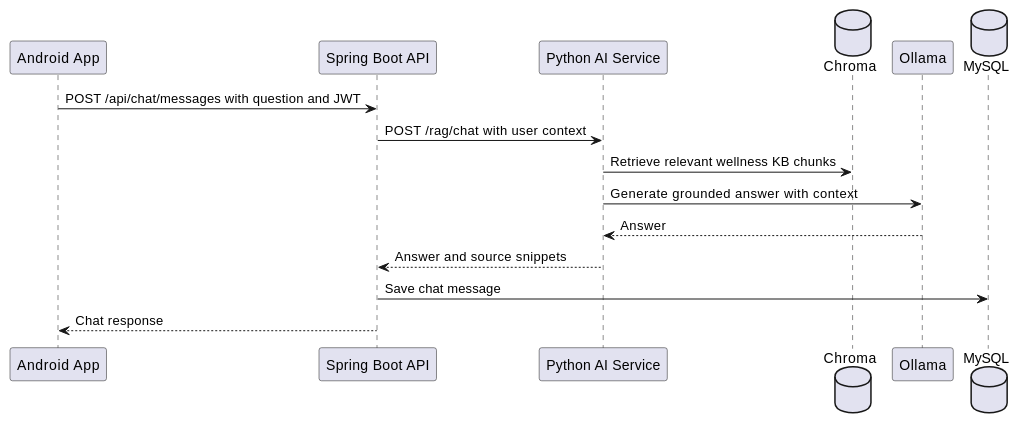
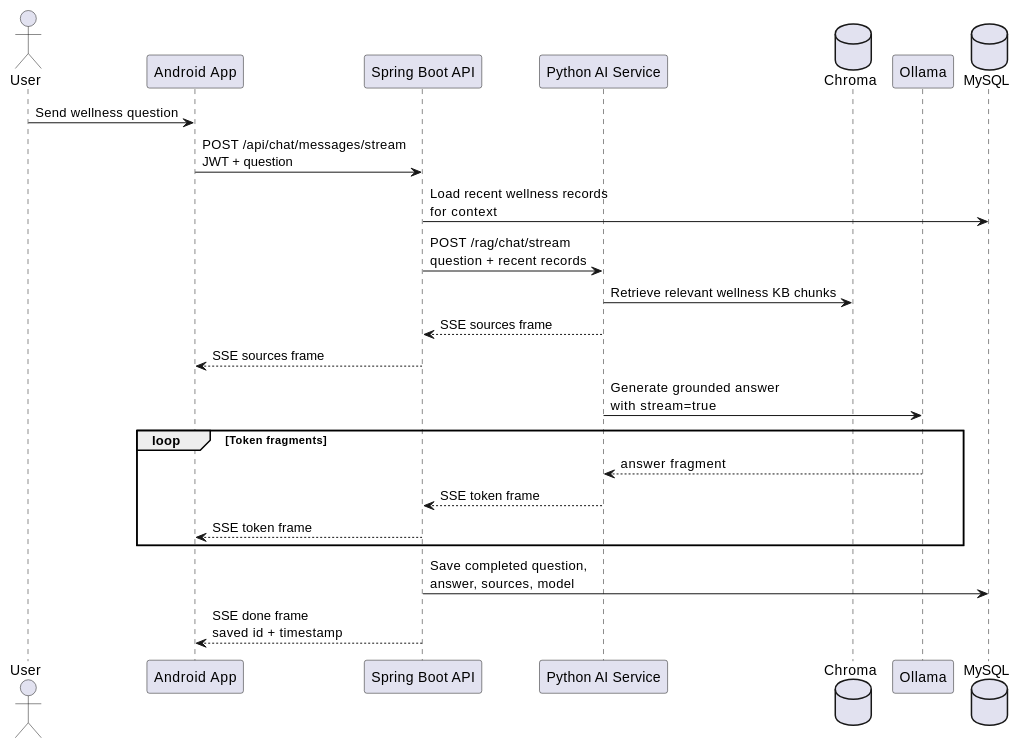
One commit to SA62-team4/mobile-application-dev-ca changed the seventh of 8 diagrams in docs/specs/04-plan-system-architecture.md. Above: the diagram before and after it, drawn with PlantUML. The commit also changed other lines of this file and 7 other files, not shown here.

Commit message:
Update spec documents with implementation details and contract flow diagrams

````diff
--- a/docs/specs/04-plan-system-architecture.md
+++ b/docs/specs/04-plan-system-architecture.md
@@ -216,19 +270,27 @@
 ```plantuml
 @startuml
+actor "User" as U
 participant "Android App" as A
 participant "Spring Boot API" as B
 participant "Python AI Service" as P
 database "Chroma" as V
 participant "Ollama" as O
 database "MySQL" as D
 
-A -> B: POST /api/chat/messages with question and JWT
-B -> P: POST /rag/chat with user context
+U -> A: Send wellness question
+A -> B: POST /api/chat/messages/stream\nJWT + question
+B -> D: Load recent wellness records\nfor context
+B -> P: POST /rag/chat/stream\nquestion + recent records
 P -> V: Retrieve relevant wellness KB chunks
-P -> O: Generate grounded answer with context
-O --> P: Answer
-P --> B: Answer and source snippets
-B -> D: Save chat message
-B --> A: Chat response
+P --> B: SSE sources frame
+B --> A: SSE sources frame
+P -> O: Generate grounded answer\nwith stream=true
+loop Token fragments
+  O --> P: answer fragment
+  P --> B: SSE token frame
+  B --> A: SSE token frame
+end
+B -> D: Save completed question,\nanswer, sources, model
+B --> A: SSE done frame\nsaved id + timestamp
 @enduml
 ```
````
